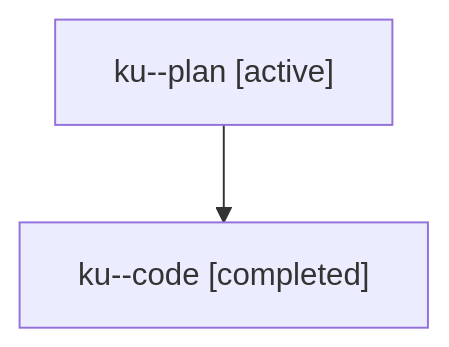
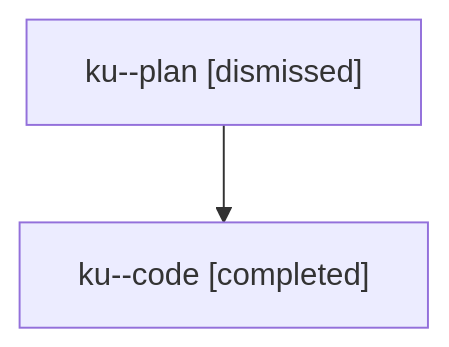
Before and after one commit to sase-org/sase--agents: the diagram in sessions/bbugyi200.athena.ku.md, drawn with Mermaid. The commit also changed other lines of this file and 50 other files, not shown here.

````diff
--- a/sessions/bbugyi200.athena.ku.md
+++ b/sessions/bbugyi200.athena.ku.md
@@ -9,6 +9,6 @@
 ```mermaid
 flowchart TD
-  n0["ku--plan [active]"]
+  n0["ku--plan [dismissed]"]
   n1["ku--code [completed]"]
   n0 --> n1
 ```
````
